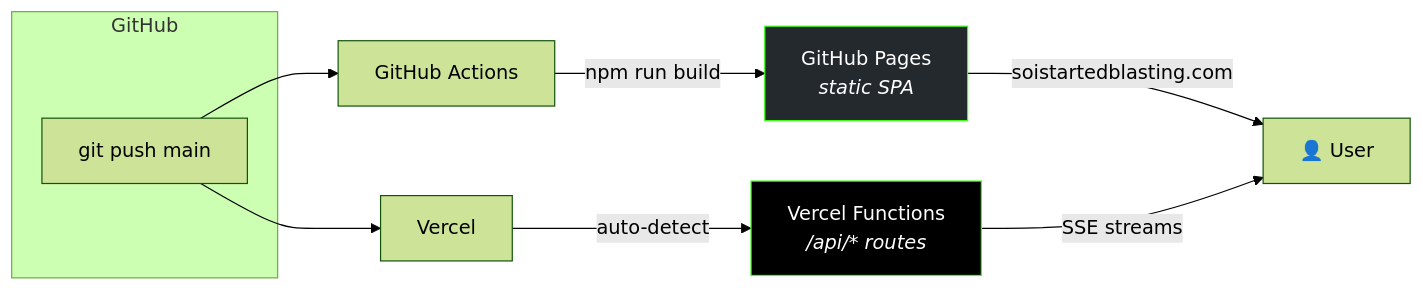
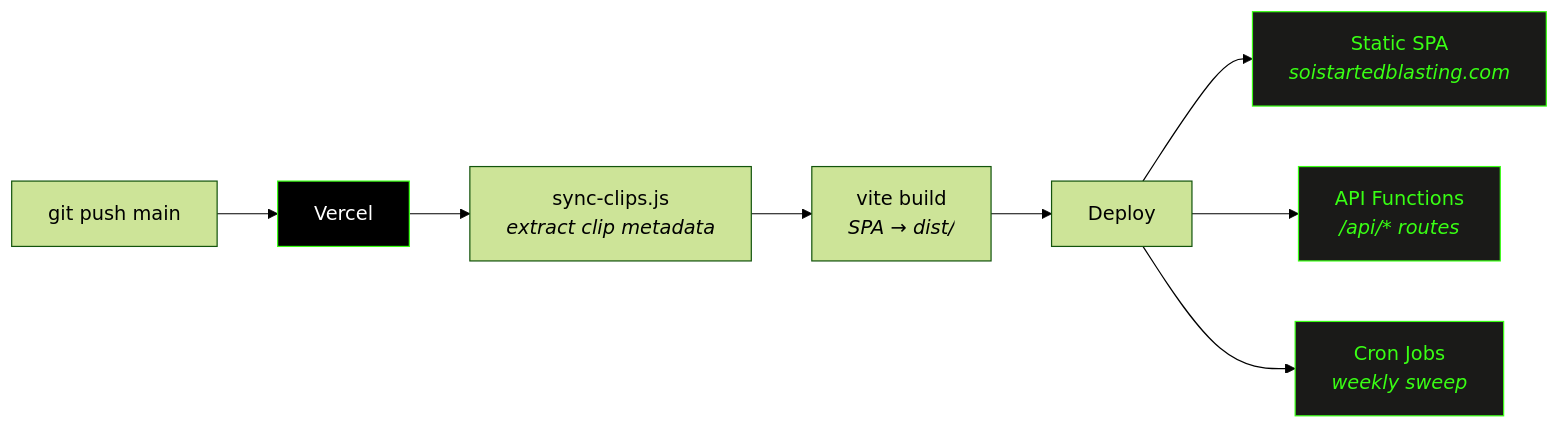
The third of 8 diagrams in README.md (BurntFrost/so-i-started-blasting), drawn with Mermaid (forest theme) before and after one commit. The commit also changed other lines of this file, not shown here.

First line of the commit message:
docs: rewrite README for Vercel consolidation and visitor audience

````diff
--- a/README.md
+++ b/README.md
@@ -135,18 +141,17 @@
 ```mermaid
 graph LR
-    subgraph GitHub
-        Push["git push main"]
-    end
+    Push["git push main"] --> Vercel["Vercel"]
 
-    Push --> GHA["GitHub Actions"]
-    Push --> Vercel["Vercel"]
+    Vercel --> Sync["sync-clips.js<br/><i>extract clip metadata</i>"]
+    Sync --> Build["vite build<br/><i>SPA → dist/</i>"]
+    Build --> Deploy["Deploy"]
 
-    GHA --> |"npm run build"| Pages["GitHub Pages<br/><i>static SPA</i>"]
-    Vercel --> |"auto-detect"| Functions["Vercel Functions<br/><i>/api/* routes</i>"]
+    Deploy --> SPA["Static SPA<br/><i>soistartedblasting.com</i>"]
+    Deploy --> API["API Functions<br/><i>/api/* routes</i>"]
+    Deploy --> Cron["Cron Jobs<br/><i>weekly sweep</i>"]
 
-    Pages --> |"soistartedblasting.com"| User["👤 User"]
-    Functions --> |"SSE streams"| User
-
-    style Pages fill:#24292e,color:#fff,stroke:#39ff14
-    style Functions fill:#000,color:#fff,stroke:#39ff14
+    style Vercel fill:#000,color:#fff,stroke:#39ff14
+    style SPA fill:#1a1a18,color:#39ff14,stroke:#39ff14
+    style API fill:#1a1a18,color:#39ff14,stroke:#39ff14
+    style Cron fill:#1a1a18,color:#39ff14,stroke:#39ff14
 ```
````
